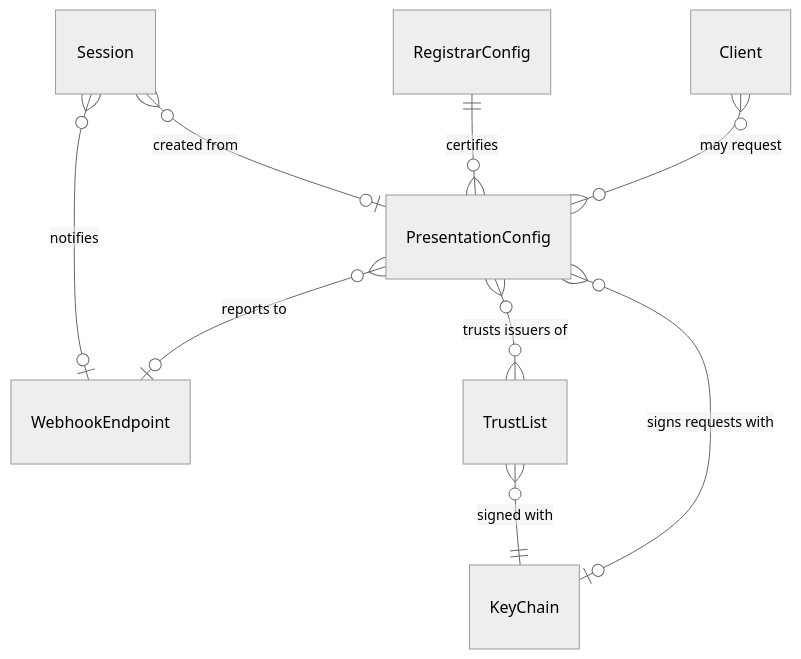
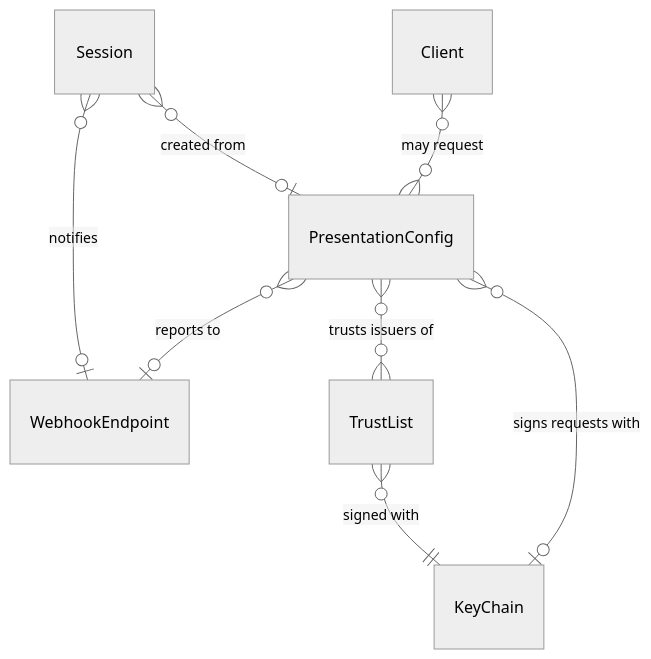
Before and after one commit to EUDIPLO/eudiplo: the third of 3 diagrams in apps/docs/docs/concepts/index.md, drawn with Mermaid (neutral theme). The commit also changed other lines of this file and 341 other files, not shown here.

````diff
--- a/apps/docs/docs/concepts/index.md
+++ b/apps/docs/docs/concepts/index.md
@@ -82,11 +81,10 @@
 ```mermaid
 erDiagram
     Client }o--o{ PresentationConfig : "may request"
     PresentationConfig }o--o| KeyChain : "signs requests with"
     PresentationConfig }o--o| WebhookEndpoint : "reports to"
     PresentationConfig }o--o{ TrustList : "trusts issuers of"
     TrustList }o--|| KeyChain : "signed with"
-    RegistrarConfig ||--o{ PresentationConfig : "certifies"
     Session }o--o| PresentationConfig : "created from"
     Session }o--o| WebhookEndpoint : notifies
 ```
````
